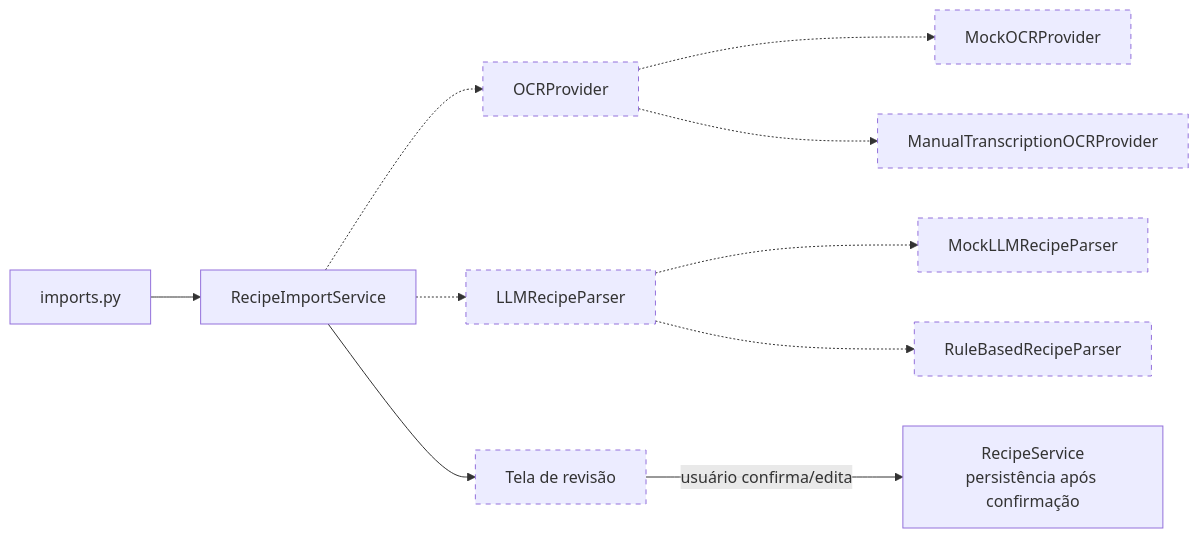
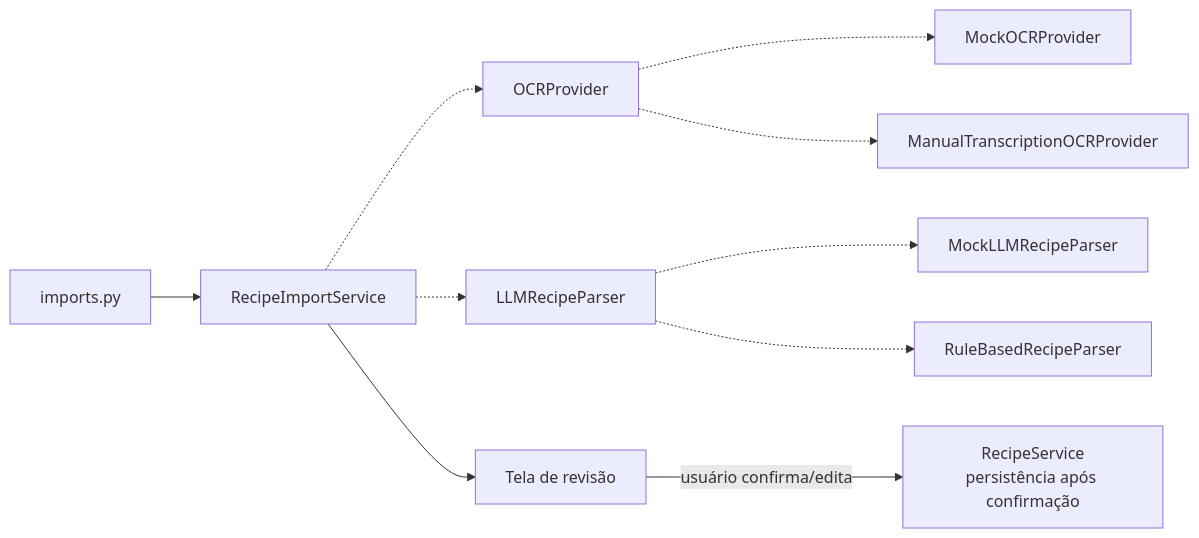
One commit to tscherubino/esp-t2-es-c4 changed the ninth of 9 diagrams in docs/ARCHITECTURE_DIAGRAMS.md. Above: the diagram before and after it, drawn with Mermaid. The commit also changed other lines of this file and 11 other files, not shown here.

````diff
--- a/docs/ARCHITECTURE_DIAGRAMS.md
+++ b/docs/ARCHITECTURE_DIAGRAMS.md
@@ -362,26 +407,24 @@
 ```mermaid
 flowchart LR
     ImportRoute[imports.py]
     ImportService[RecipeImportService]
     OCR[OCRProvider]
     Parser[LLMRecipeParser]
     MockOCR[MockOCRProvider]
     ManualOCR[ManualTranscriptionOCRProvider]
     MockLLM[MockLLMRecipeParser]
     RuleParser[RuleBasedRecipeParser]
     Review[Tela de revisão]
     Persist[RecipeService\npersistência após confirmação]
 
     ImportRoute --> ImportService
     ImportService -.-> OCR
     ImportService -.-> Parser
     OCR -.-> MockOCR
     OCR -.-> ManualOCR
     Parser -.-> MockLLM
     Parser -.-> RuleParser
     ImportService --> Review
     Review -->|usuário confirma/edita| Persist
 
-    classDef planned stroke-dasharray: 5 5;
-    class OCR,Parser,MockOCR,ManualOCR,MockLLM,RuleParser,Review planned;
 ```
````
